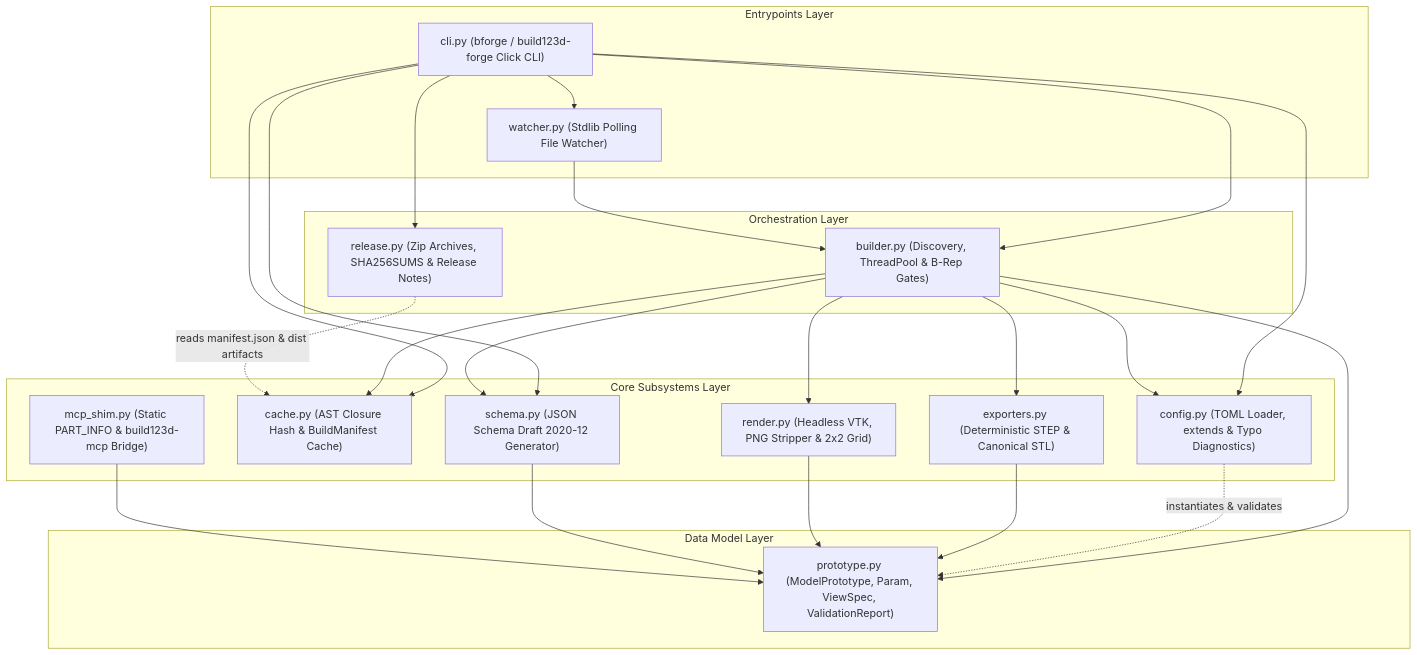
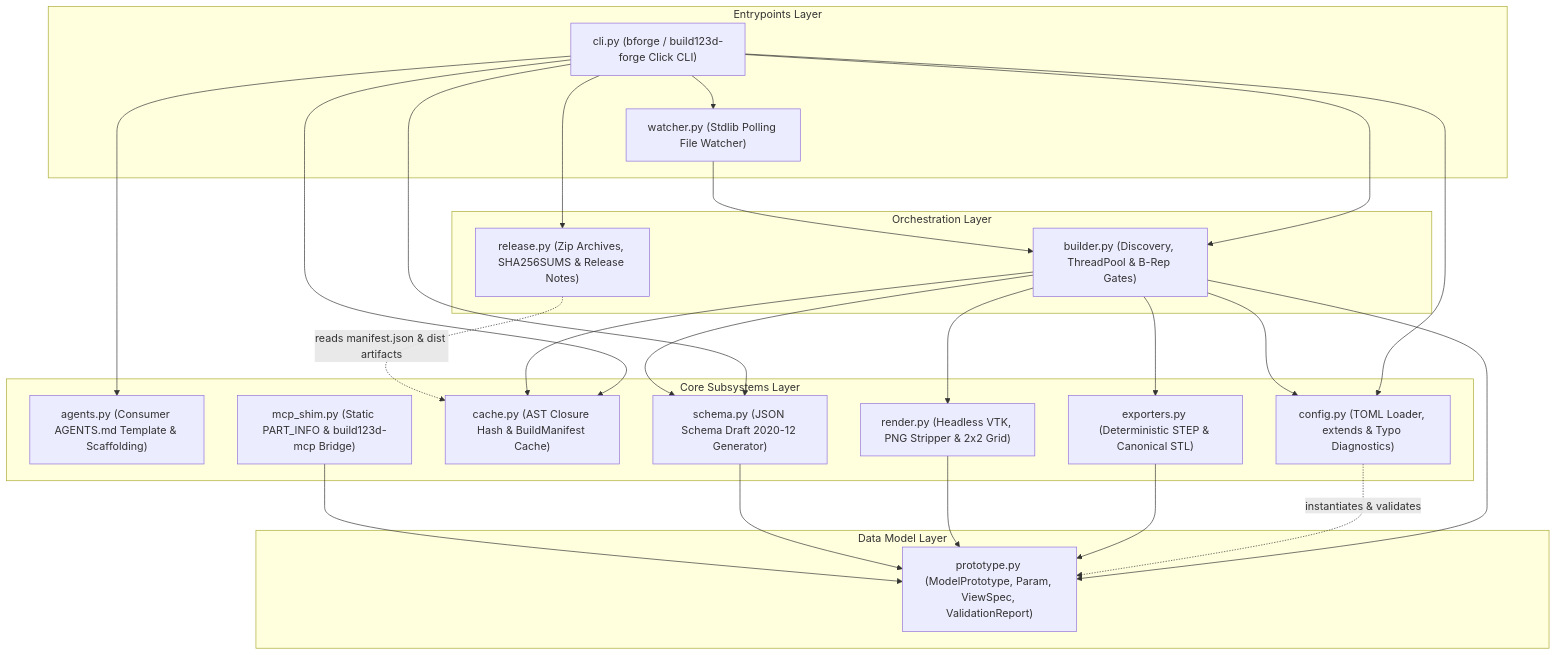
One commit to build123d-forge/build123d-forge changed the third of 4 diagrams in README.md. Above: the diagram before and after it, drawn with Mermaid. The commit also changed other lines of this file and 7 other files, not shown here.

Commit message:
feat(agents): add consumer AGENTS.md directive template and bforge init-agents

````diff
--- a/README.md
+++ b/README.md
@@ -825,47 +874,49 @@
 ```mermaid
 flowchart TD
     subgraph Entrypoints["Entrypoints Layer"]
         CLI["cli.py (bforge / build123d-forge Click CLI)"]
         WATCH["watcher.py (Stdlib Polling File Watcher)"]
     end
 
     subgraph Orchestration["Orchestration Layer"]
         BUILDER["builder.py (Discovery, ThreadPool & B-Rep Gates)"]
         RELEASE["release.py (Zip Archives, SHA256SUMS & Release Notes)"]
     end
 
     subgraph Subsystems["Core Subsystems Layer"]
+        AGENTS["agents.py (Consumer AGENTS.md Template & Scaffolding)"]
         CONFIG["config.py (TOML Loader, extends & Typo Diagnostics)"]
         CACHE["cache.py (AST Closure Hash & BuildManifest Cache)"]
         EXPORTERS["exporters.py (Deterministic STEP & Canonical STL)"]
         RENDER["render.py (Headless VTK, PNG Stripper & 2x2 Grid)"]
         SCHEMA["schema.py (JSON Schema Draft 2020-12 Generator)"]
         SHIM["mcp_shim.py (Static PART_INFO & build123d-mcp Bridge)"]
     end
 
     subgraph DataModel["Data Model Layer"]
         PROTO["prototype.py (ModelPrototype, Param, ViewSpec, ValidationReport)"]
     end
 
+    CLI --> AGENTS
     CLI --> BUILDER
     CLI --> RELEASE
     CLI --> WATCH
     CLI --> CONFIG
     CLI --> SCHEMA
     CLI --> CACHE
     WATCH --> BUILDER
 
     BUILDER --> CONFIG
     BUILDER --> CACHE
     BUILDER --> EXPORTERS
     BUILDER --> RENDER
     BUILDER --> SCHEMA
     BUILDER --> PROTO
     RELEASE -.->|"reads manifest.json & dist artifacts"| CACHE
 
     CONFIG -.->|"instantiates & validates"| PROTO
     EXPORTERS --> PROTO
     RENDER --> PROTO
     SCHEMA --> PROTO
     SHIM --> PROTO
 ```
````
